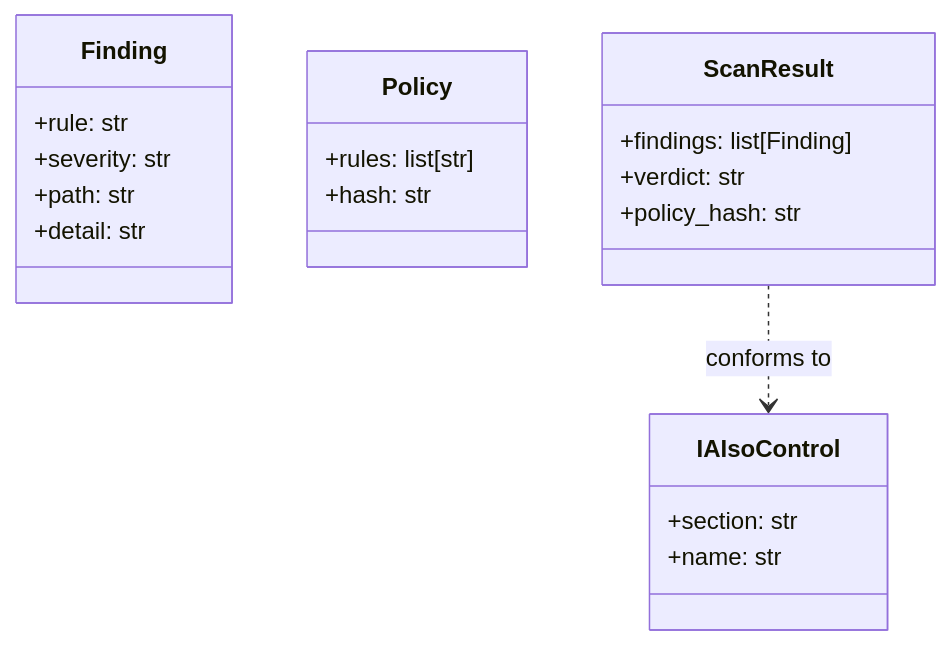
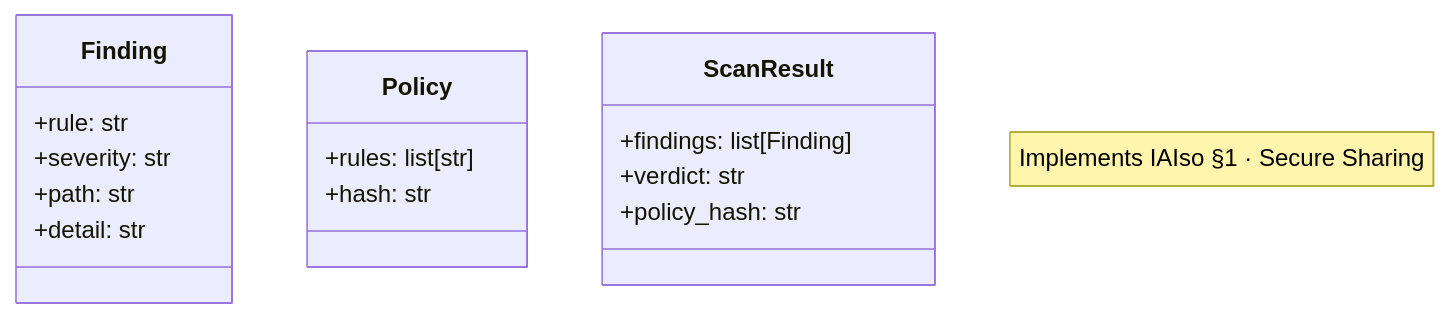
Before and after one commit to SmartTasksOrg/sf-smartpangolin: the first of 2 diagrams in README.md, drawn with Mermaid. The commit also changed other lines of this file and 1 other file, not shown here.

First line of the commit message:
Family list and diagrams from family.json; UML matches the code

````diff
--- a/README.md
+++ b/README.md
@@ -88,23 +88,19 @@
 ```mermaid
 classDiagram
     class Finding {
       +rule: str
       +severity: str
       +path: str
       +detail: str
     }
     class Policy {
       +rules: list[str]
       +hash: str
     }
     class ScanResult {
       +findings: list[Finding]
       +verdict: str
       +policy_hash: str
     }
-    class IAIsoControl {
-      +section: str
-      +name: str
-    }
-    ScanResult ..> IAIsoControl : conforms to
+    note "Implements IAIso §1 · Secure Sharing"
 ```
````
